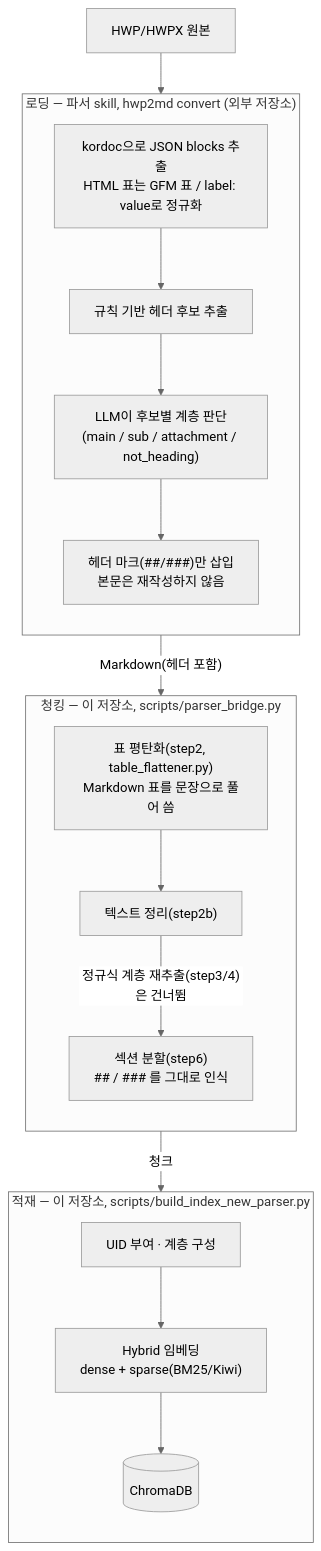
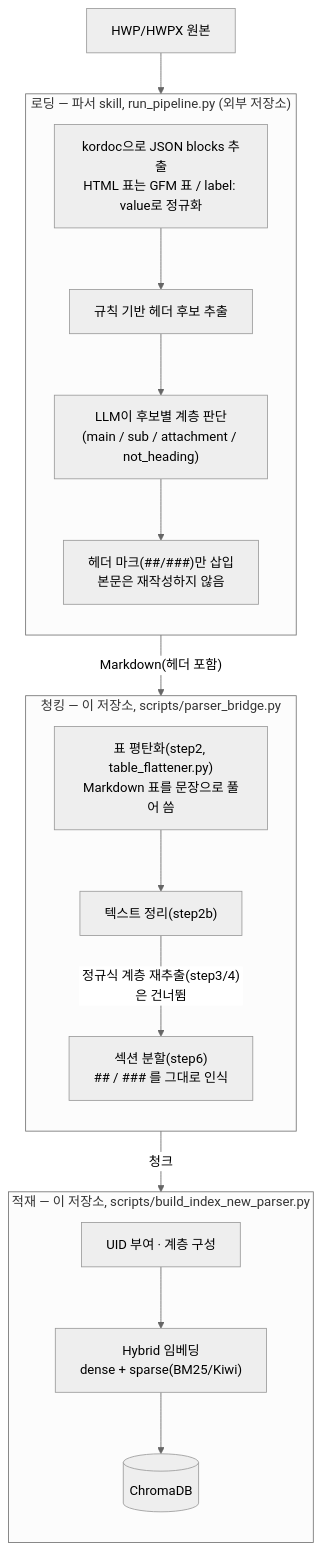
One commit to adover134/hierarchical-md-rag changed the second of 2 diagrams in README.md. Above: the diagram before and after it, drawn with Mermaid (neutral theme). The commit also changed other lines of this file and 3 other files, not shown here.

First line of the commit message:
fix(parser): call the parser skill's run_pipeline.py instead of the hwp2md CLI

````diff
--- a/README.md
+++ b/README.md
@@ -68,22 +68,22 @@
 ```mermaid
 flowchart TD
     IN["HWP/HWPX 원본"] --> SKILL
-    subgraph SKILL["로딩 — 파서 skill, hwp2md convert (외부 저장소)"]
+    subgraph SKILL["로딩 — 파서 skill, run_pipeline.py (외부 저장소)"]
         direction TB
         S1["kordoc으로 JSON blocks 추출\nHTML 표는 GFM 표 / label: value로 정규화"] --> S2["규칙 기반 헤더 후보 추출"]
         S2 --> S3["LLM이 후보별 계층 판단\n(main / sub / attachment / not_heading)"]
         S3 --> S4["헤더 마크(##/###)만 삽입\n본문은 재작성하지 않음"]
     end
     SKILL -->|"Markdown(헤더 포함)"| BRIDGE
     subgraph BRIDGE["청킹 — 이 저장소, scripts/parser_bridge.py"]
         direction TB
         P1["표 평탄화(step2, table_flattener.py)\nMarkdown 표를 문장으로 풀어 씀"] --> P2["텍스트 정리(step2b)"]
         P2 -->|"정규식 계층 재추출(step3/4)은 건너뜀"| P3["섹션 분할(step6)\n## / ### 를 그대로 인식"]
     end
     BRIDGE -->|"청크"| INDEX
     subgraph INDEX["적재 — 이 저장소, scripts/build_index_new_parser.py"]
         direction TB
         I1["UID 부여 · 계층 구성"] --> I2["Hybrid 임베딩\ndense + sparse(BM25/Kiwi)"]
         I2 --> I3[("ChromaDB")]
     end
 ```
````
